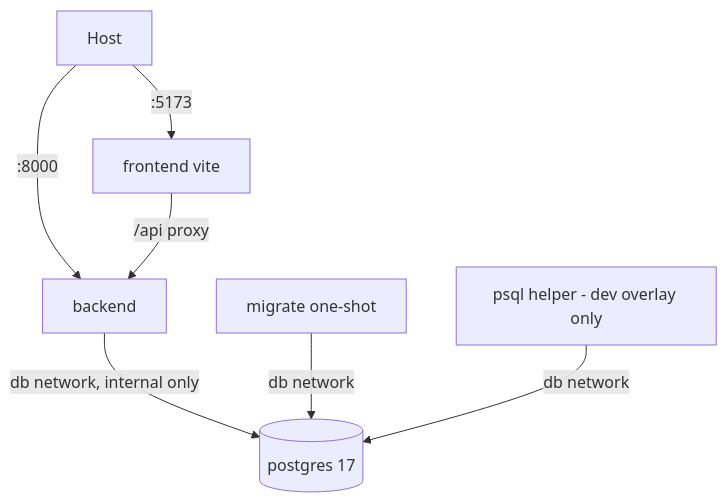
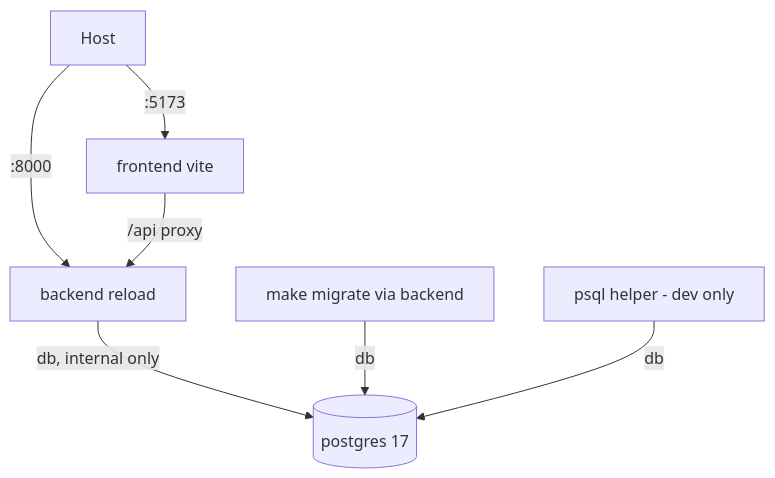
Before and after one commit to notseekeru/maxterview_website: the diagram in PLAN.md, drawn with Mermaid. The commit also changed other lines of this file, not shown here.

````diff
--- a/PLAN.md
+++ b/PLAN.md
@@ -36,9 +47,9 @@
 ```mermaid
 graph TD
-    H[Host] -->|:8000| B[backend]
+    H[Host] -->|:8000| B[backend reload]
     H -->|:5173| F[frontend vite]
     F -->|/api proxy| B
-    B -->|db network, internal only| P[(postgres 17)]
-    M[migrate one-shot] -->|db network| P
-    N[psql helper - dev overlay only] -->|db network| P
+    B -->|db, internal only| P[(postgres 17)]
+    M[make migrate via backend] -->|db| P
+    N[psql helper - dev only] -->|db| P
 ```
````
